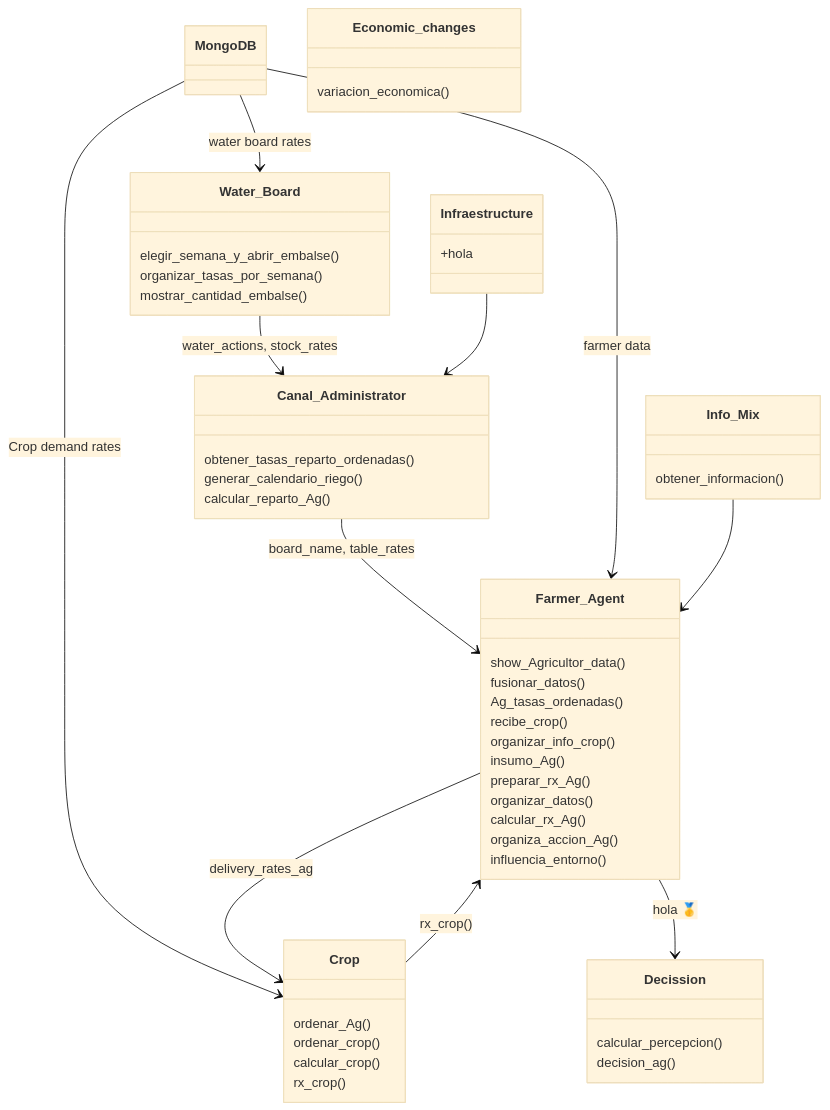
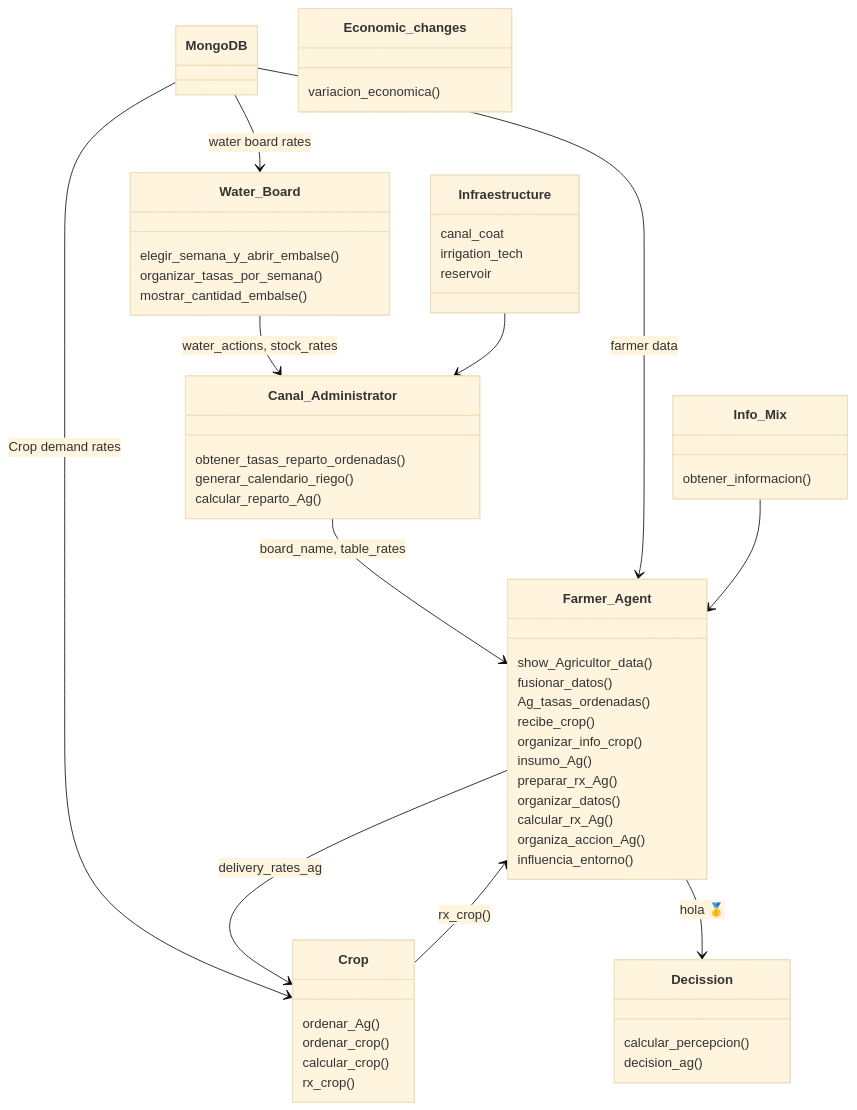
One commit to Pablov81/Agrotopia changed the diagram in README.md. Above: the diagram before and after it, drawn with Mermaid (base theme).

````diff
--- a/README.md
+++ b/README.md
@@ -46,66 +46,68 @@
 ```mermaid
 classDiagram
     class MongoDB {
     }
 
     class Water_Board {
         elegir_semana_y_abrir_embalse()
         organizar_tasas_por_semana()
         mostrar_cantidad_embalse()
     }
 
     class Canal_Administrator{
         obtener_tasas_reparto_ordenadas()
         generar_calendario_riego()
         calcular_reparto_Ag()
     }
 
     class Farmer_Agent {
         show_Agricultor_data()
         fusionar_datos()
         Ag_tasas_ordenadas()
         recibe_crop()
         organizar_info_crop()
         insumo_Ag()
         preparar_rx_Ag()
         organizar_datos()
         calcular_rx_Ag()
         organiza_accion_Ag()
         influencia_entorno()
     }
 
     class Crop {
         ordenar_Ag()
         ordenar_crop()
         calcular_crop()
         rx_crop()
     }
 
     class Decission {
         calcular_percepcion()
         decision_ag()
     }
 
     class Info_Mix {
         obtener_informacion()
     }
 
     class Infraestructure {
-        +hola
+        canal_coat
+        irrigation_tech
+        reservoir
     }
 
     class Economic_changes {
         variacion_economica()
     }
 
     Water_Board --> Canal_Administrator: water_actions, stock_rates
     Canal_Administrator --> Farmer_Agent: board_name, table_rates
     MongoDB --> Water_Board: water board rates
     MongoDB --> Farmer_Agent: farmer data
     MongoDB --> Crop: Crop demand rates
     Farmer_Agent --> Crop: delivery_rates_ag
     Farmer_Agent --> Decission:hola 🥇
     Info_Mix-->Farmer_Agent
     Infraestructure-->Canal_Administrator
     Crop --> Farmer_Agent:rx_crop()
 ```
````
